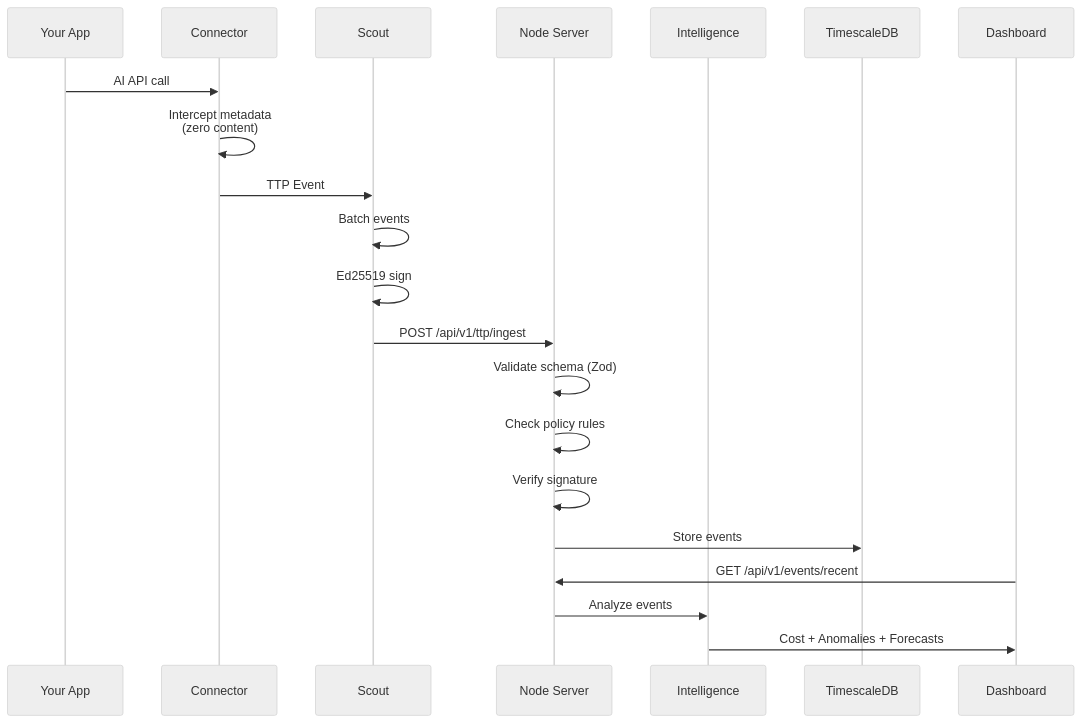
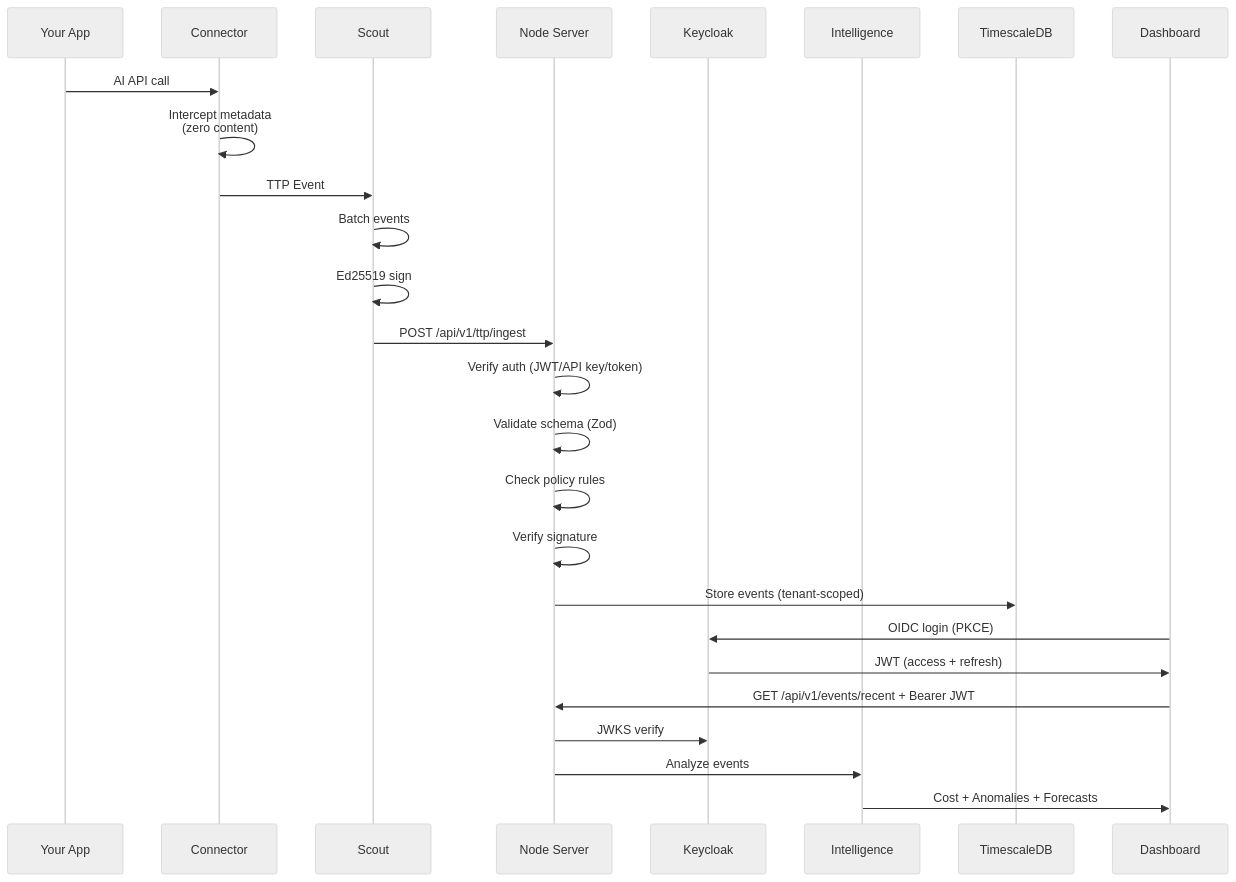
The second of 11 diagrams in QUICKSTART.md (vishalm/hivehq), drawn with Mermaid (neutral theme) before and after one commit. The commit also changed other lines of this file and 1 other file, not shown here.

````diff
--- a/QUICKSTART.md
+++ b/QUICKSTART.md
@@ -76,24 +81,29 @@
 ```mermaid
 sequenceDiagram
     participant App as Your App
     participant C as Connector
     participant Sc as Scout
     participant N as Node Server
+    participant KC as Keycloak
     participant I as Intelligence
     participant DB as TimescaleDB
     participant D as Dashboard
 
     App->>C: AI API call
     C->>C: Intercept metadata<br/>(zero content)
     C->>Sc: TTP Event
     Sc->>Sc: Batch events
     Sc->>Sc: Ed25519 sign
     Sc->>N: POST /api/v1/ttp/ingest
+    N->>N: Verify auth (JWT/API key/token)
     N->>N: Validate schema (Zod)
     N->>N: Check policy rules
     N->>N: Verify signature
-    N->>DB: Store events
-    D->>N: GET /api/v1/events/recent
+    N->>DB: Store events (tenant-scoped)
+    D->>KC: OIDC login (PKCE)
+    KC->>D: JWT (access + refresh)
+    D->>N: GET /api/v1/events/recent + Bearer JWT
+    N->>KC: JWKS verify
     N->>I: Analyze events
     I->>D: Cost + Anomalies + Forecasts
 ```
````
